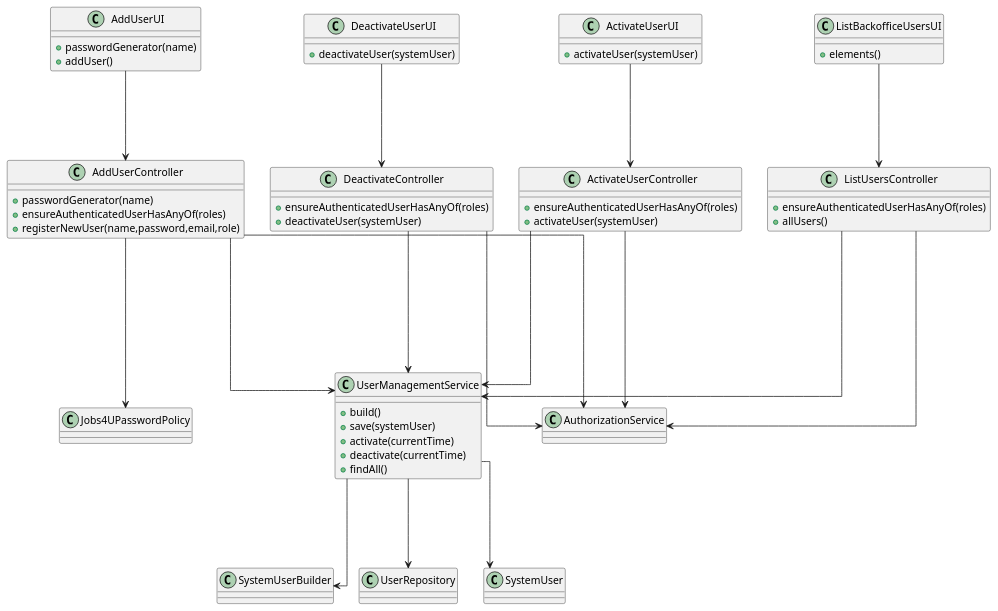
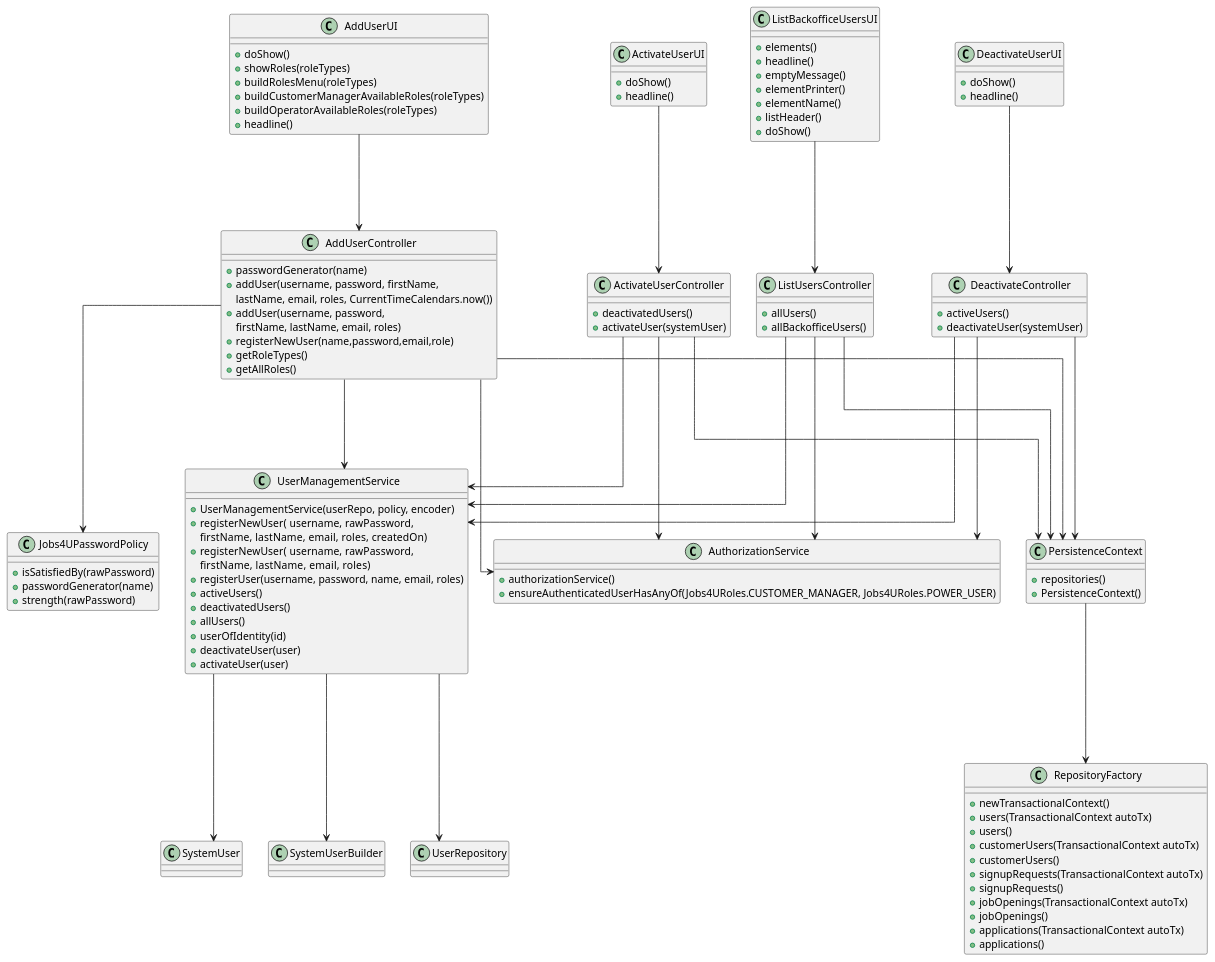
Before and after one commit to MiguelCardoso77/LAPR4: the diagram in docs/SprintB/1000/1000-class-diagram.puml, drawn with PlantUML. The commit also changed 1 other file, not shown here.

Commit message:
class diagram (puml and svg files) #8

```diff
--- a/docs/SprintB/1000/1000-class-diagram.puml
+++ b/docs/SprintB/1000/1000-class-diagram.puml
@@ -1,102 +1,153 @@
 @startuml
 skinparam linetype ortho
 'left to right direction
 
 class AddUserUI {
-    +passwordGenerator(name)
-    +addUser()
+    + doShow()
+    + showRoles(roleTypes)
+    + buildRolesMenu(roleTypes)
+    + buildCustomerManagerAvailableRoles(roleTypes)
+    + buildOperatorAvailableRoles(roleTypes)
+    +  headline()
 }
 
 class ActivateUserUI {
-    +activateUser(systemUser)
+    + doShow()
+    + headline()
 }
 
 class DeactivateUserUI {
-    +deactivateUser(systemUser)
+    + doShow()
+    + headline()
 }
 
 class ListBackofficeUsersUI {
-    +elements()
+    + elements()
+    + headline()
+    + emptyMessage()
+    + elementPrinter()
+    + elementName()
+    + listHeader()
+    + doShow()
 }
 
 class AddUserController {
-    +passwordGenerator(name)
-    +ensureAuthenticatedUserHasAnyOf(roles)
-    +registerNewUser(name,password,email,role)
+    + passwordGenerator(name)
+    + addUser(username, password, firstName,
+    lastName, email, roles, CurrentTimeCalendars.now())
+    + addUser(username, password,
+    firstName, lastName, email, roles)
+    + registerNewUser(name,password,email,role)
+    + getRoleTypes()
+    + getAllRoles()
 }
 
 class ActivateUserController {
-    +ensureAuthenticatedUserHasAnyOf(roles)
-    +activateUser(systemUser)
+    + deactivatedUsers()
+    + activateUser(systemUser)
 }
 
 class DeactivateController {
-    +ensureAuthenticatedUserHasAnyOf(roles)
-    +deactivateUser(systemUser)
+    + activeUsers()
+    + deactivateUser(systemUser)
 }
 
 class ListUsersController {
-    +ensureAuthenticatedUserHasAnyOf(roles)
-    +allUsers()
+    + allUsers()
+    + allBackofficeUsers()
 }
 
-class Jobs4UPasswordPolicy {}
+class Jobs4UPasswordPolicy {
+    + isSatisfiedBy(rawPassword)
+    + passwordGenerator(name)
+    + strength(rawPassword)
+}
 
-class AuthorizationService {}
+class AuthorizationService {
+    + authorizationService()
+    + ensureAuthenticatedUserHasAnyOf(Jobs4URoles.CUSTOMER_MANAGER, Jobs4URoles.POWER_USER)
+}
+
+class RepositoryFactory {
+    + newTransactionalContext()
+    + users(TransactionalContext autoTx)
+    + users()
+    + customerUsers(TransactionalContext autoTx)
+    + customerUsers()
+    + signupRequests(TransactionalContext autoTx)
+    + signupRequests()
+    + jobOpenings(TransactionalContext autoTx)
+    + jobOpenings()
+    + applications(TransactionalContext autoTx)
+    + applications()
+}
+
+class PersistenceContext {
+    + repositories()
+    + PersistenceContext()
+}
 
 class UserManagementService {
-    +build()
-    +save(systemUser)
-    +activate(currentTime)
-    +deactivate(currentTime)
-    +findAll()
+    + UserManagementService(userRepo, policy, encoder)
+    + registerNewUser( username,  rawPassword,
+    firstName,  lastName,  email, roles, createdOn)
+    + registerNewUser( username,  rawPassword,
+    firstName,  lastName,  email, roles)
+    + registerUser(username, password, name, email, roles)
+    + activeUsers()
+    + deactivatedUsers()
+    + allUsers()
+    + userOfIdentity(id)
+    + deactivateUser(user)
+    + activateUser(user)
 }
 
-class SystemUserBuilder {}
-
-class UserRepository {}
-
-class SystemUser {}
 
 AddUserUI ---> AddUserController
 
-AddUserController ----> Jobs4UPasswordPolicy
+AddUserController ---> Jobs4UPasswordPolicy
 
-AddUserController ----> AuthorizationService
+AddUserController ---> AuthorizationService
 
-AddUserController ----> UserManagementService
+AddUserController ---> UserManagementService
 
+AddUserController ---> PersistenceContext
 
 
 ActivateUserUI ---> ActivateUserController
 
-ActivateUserController ----> AuthorizationService
+ActivateUserController ---> AuthorizationService
 
-ActivateUserController ----> UserManagementService
+ActivateUserController ---> UserManagementService
 
+ActivateUserController ---> PersistenceContext
 
 
 DeactivateUserUI ---> DeactivateController
 
-DeactivateController ----> AuthorizationService
+DeactivateController ---> AuthorizationService
 
-DeactivateController ----> UserManagementService
+DeactivateController ---> UserManagementService
 
+DeactivateController ---> PersistenceContext
 
 
 ListBackofficeUsersUI ---> ListUsersController
 
-ListUsersController ----> AuthorizationService
+ListUsersController ---> AuthorizationService
 
-ListUsersController ----> UserManagementService
+ListUsersController ---> UserManagementService
 
+ListUsersController ---> PersistenceContext
 
 
 UserManagementService ---> SystemUserBuilder
 
 UserManagementService ---> UserRepository
 
 UserManagementService ---> SystemUser
 
 
+PersistenceContext ---> RepositoryFactory
+
 @enduml
```
